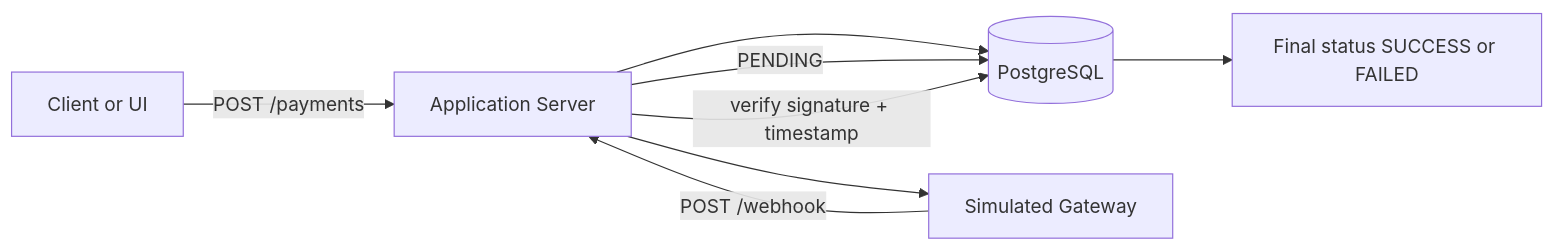
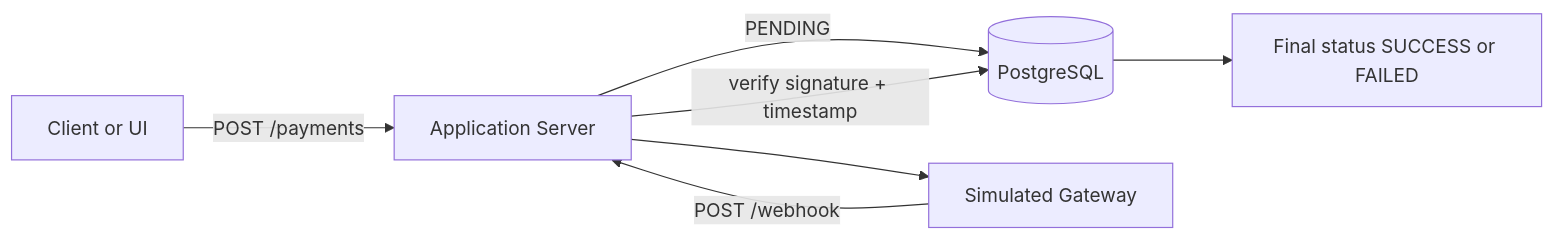
Before and after one commit to ProducerG-hub/payment_integration: the diagram in README.md, drawn with Mermaid.

Commit message:
Update flowchart to improve clarity on database usage

````diff
--- a/README.md
+++ b/README.md
@@ -84,10 +84,9 @@
 ```mermaid
 flowchart LR
     A[Client or UI] -->|POST /payments| B[Application Server]
-    B --> C[(PostgreSQL)]
-    B -->|PENDING| C
+    B -->|PENDING| C[(PostgreSQL)]
     B --> D[Simulated Gateway]
     D -->|POST /webhook| B
     B -->|verify signature + timestamp| C
     C --> E[Final status SUCCESS or FAILED]
 ```
````
